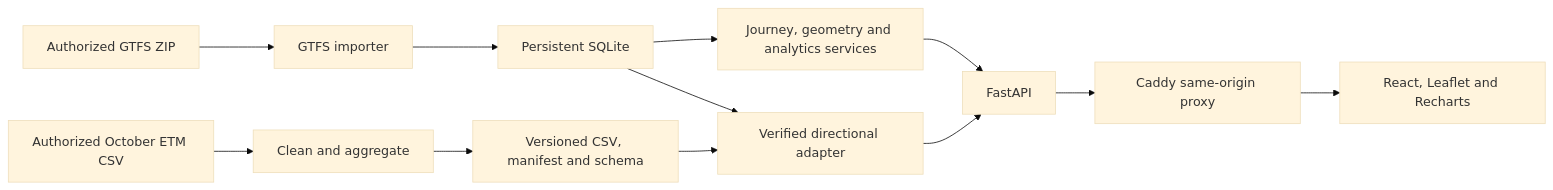
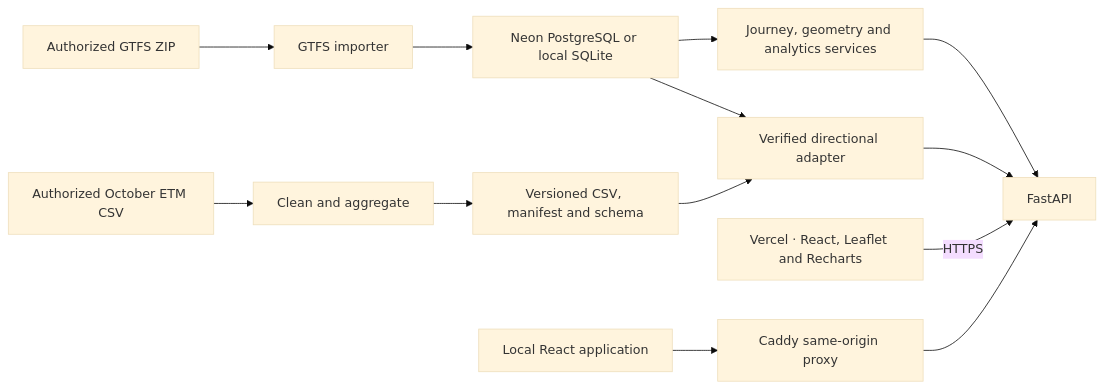
One commit to RISHI-0723/Safarnama changed the first of 3 diagrams in docs/ARCHITECTURE.md. Above: the diagram before and after it, drawn with Mermaid (base theme). The commit also changed other lines of this file and 10 other files, not shown here.

````diff
--- a/docs/ARCHITECTURE.md
+++ b/docs/ARCHITECTURE.md
@@ -5,14 +5,15 @@
 ```mermaid
 flowchart LR
     GTFS["Authorized GTFS ZIP"] --> Import["GTFS importer"]
-    Import --> DB["Persistent SQLite"]
+    Import --> DB["Neon PostgreSQL or local SQLite"]
     DB --> Planner["Journey, geometry and analytics services"]
     ETM["Authorized October ETM CSV"] --> Clean["Clean and aggregate"]
     Clean --> Demo["Versioned CSV, manifest and schema"]
     Demo --> Adapter["Verified directional adapter"]
     DB --> Adapter
     Planner --> API["FastAPI"]
     Adapter --> API
-    API --> Caddy["Caddy same-origin proxy"]
-    Caddy --> UI["React, Leaflet and Recharts"]
+    Web["Vercel · React, Leaflet and Recharts"] -->|HTTPS| API
+    Local["Local React application"] --> Caddy["Caddy same-origin proxy"]
+    Caddy --> API
 ```
````
